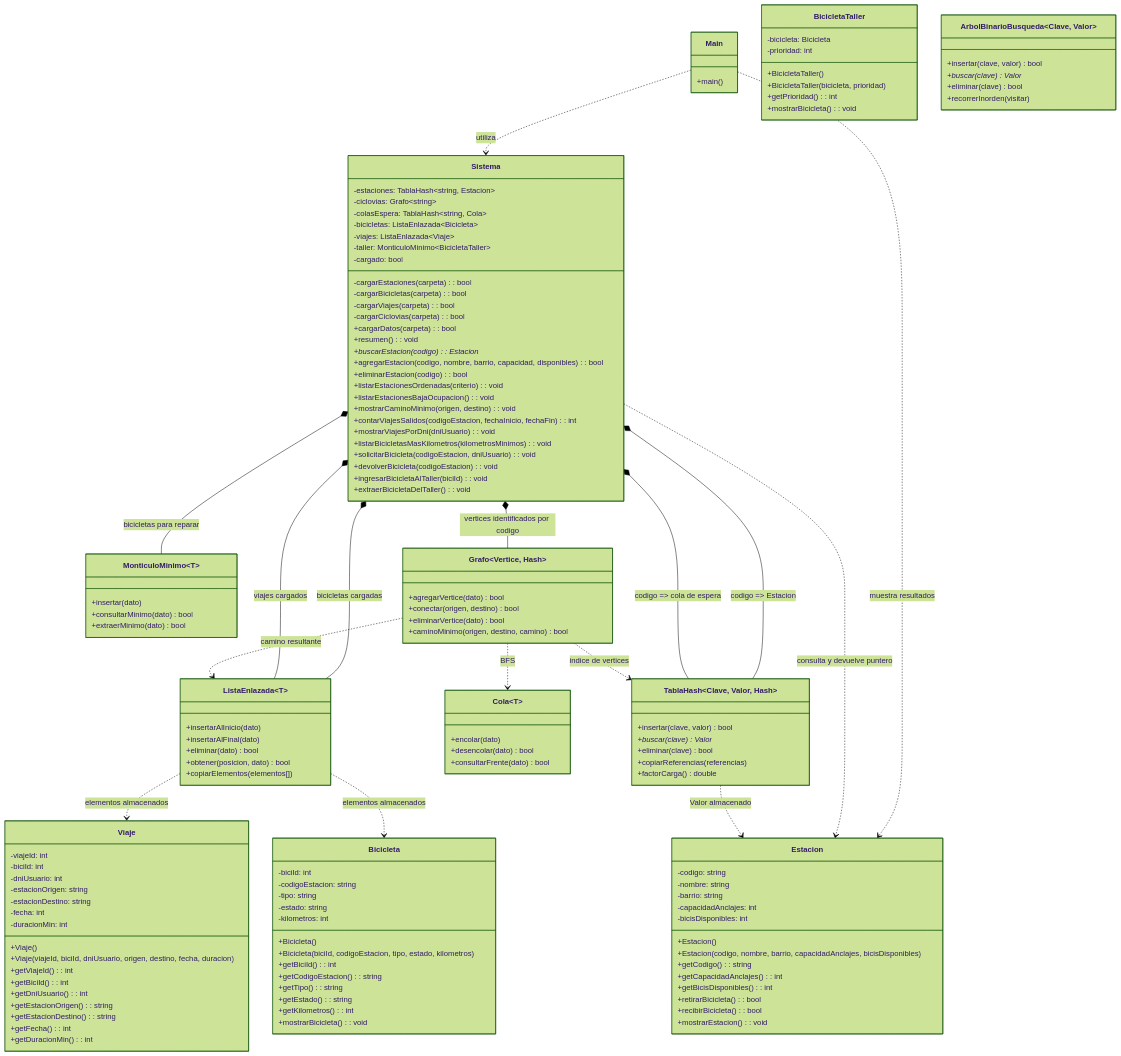
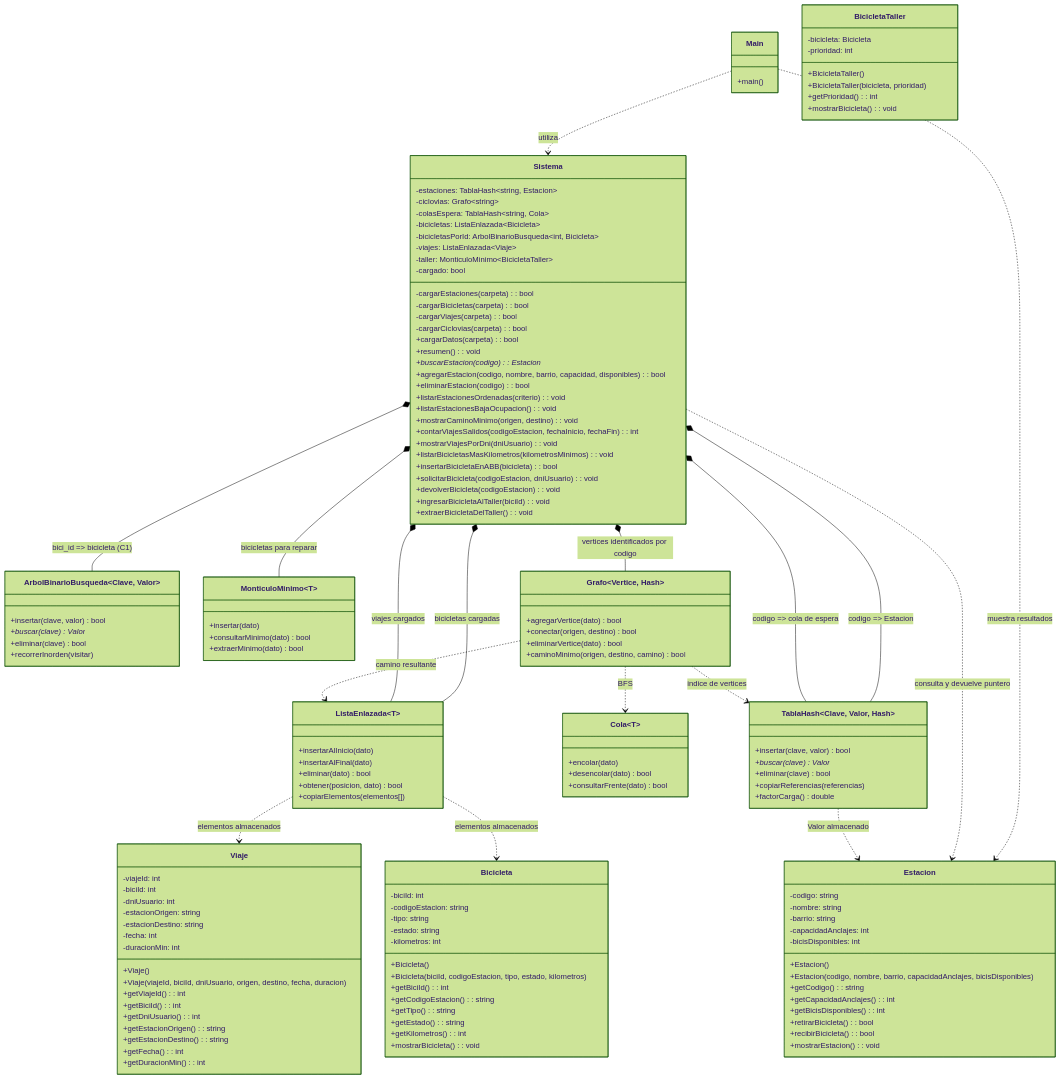
One commit to cberto/algoritmos changed the diagram in TP - Integrador/UML_ACTUAL.md. Above: the diagram before and after it, drawn with Mermaid (forest theme). The commit also changed other lines of this file and 7 other files, not shown here.

```diff
--- a/TP - Integrador/UML_ACTUAL.md
+++ b/TP - Integrador/UML_ACTUAL.md
@@ -17,6 +17,7 @@
         -ciclovias: Grafo~string~
         -colasEspera: TablaHash~string, Cola<int>~
         -bicicletas: ListaEnlazada~Bicicleta~
+        -bicicletasPorId: ArbolBinarioBusqueda~int, Bicicleta~
         -viajes: ListaEnlazada~Viaje~
         -taller: MonticuloMinimo~BicicletaTaller~
         -cargado: bool
@@ -31,6 +32,7 @@
         +contarViajesSalidos(codigoEstacion, fechaInicio, fechaFin): int
         +mostrarViajesPorDni(dniUsuario): void
         +listarBicicletasMasKilometros(kilometrosMinimos): void
+        +insertarBicicletaEnABB(bicicleta): bool
         +solicitarBicicleta(codigoEstacion, dniUsuario): void
         +devolverBicicleta(codigoEstacion): void
         +ingresarBicicletaAlTaller(biciId): void
@@ -145,6 +147,7 @@
     Sistema *-- Grafo~string~ : vertices identificados por codigo
     Sistema *-- TablaHash~string, Cola<int>~ : codigo => cola de espera
     Sistema *-- ListaEnlazada~Bicicleta~ : bicicletas cargadas
+    Sistema *-- ArbolBinarioBusqueda~int, Bicicleta~ : bici_id => bicicleta (C1)
     Sistema *-- ListaEnlazada~Viaje~ : viajes cargados
     Sistema *-- MonticuloMinimo~BicicletaTaller~ : bicicletas para reparar
     Sistema ..> Estacion : consulta y devuelve puntero
```
